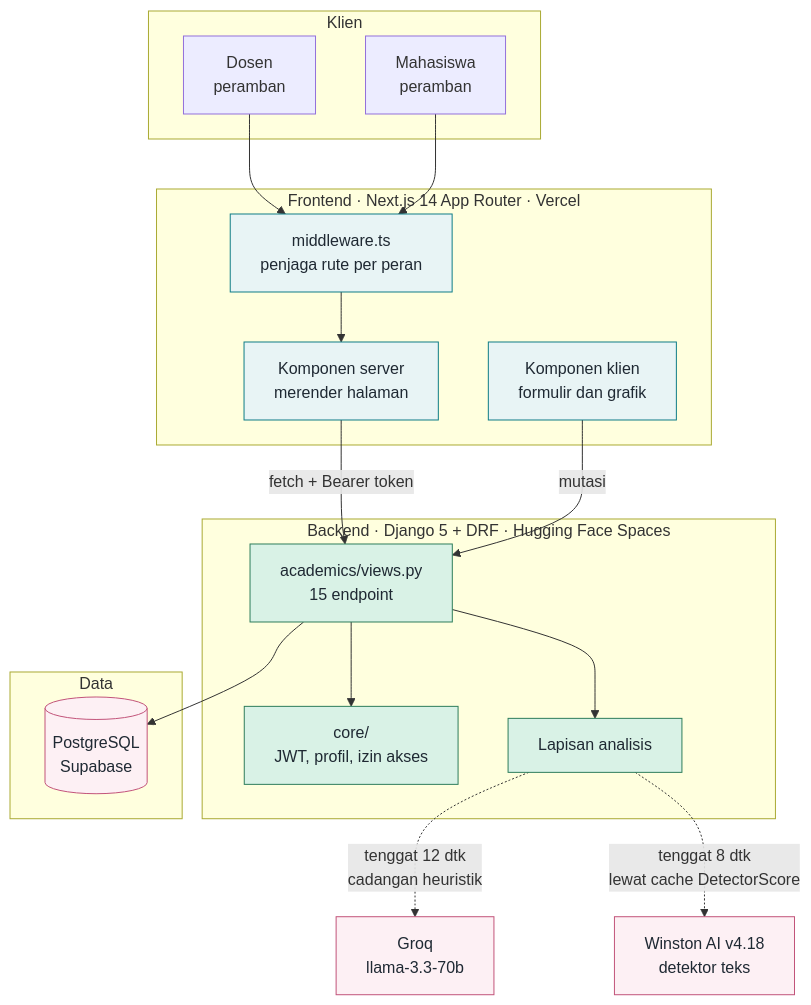
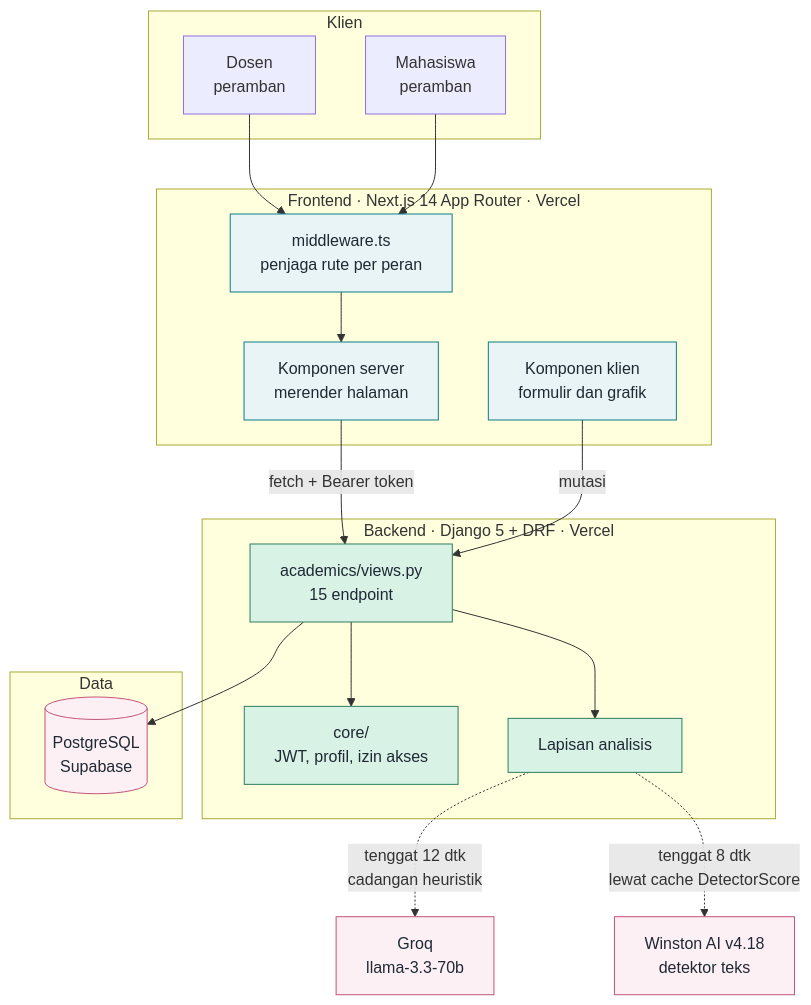
Before and after one commit to FadhRach/ThinkPath: the first of 4 diagrams in diagram/01-arsitektur-sistem.md, drawn with Mermaid. The commit also changed other lines of this file and 7 other files, not shown here.

Commit message:
docs: jelaskan deploy backend di Vercel dan migrasi manual setelah merge

````diff
--- a/diagram/01-arsitektur-sistem.md
+++ b/diagram/01-arsitektur-sistem.md
@@ -15,44 +15,44 @@
 ```mermaid
 flowchart TB
     subgraph K["Klien"]
         D["Dosen<br/>peramban"]
         M["Mahasiswa<br/>peramban"]
     end
 
     subgraph FE["Frontend · Next.js 14 App Router · Vercel"]
         MW["middleware.ts<br/>penjaga rute per peran"]
         SC["Komponen server<br/>merender halaman"]
         CC["Komponen klien<br/>formulir dan grafik"]
     end
 
-    subgraph BE["Backend · Django 5 + DRF · Hugging Face Spaces"]
+    subgraph BE["Backend · Django 5 + DRF · Vercel"]
         AUTH["core/<br/>JWT, profil, izin akses"]
         API["academics/views.py<br/>15 endpoint"]
         AN["Lapisan analisis"]
     end
 
     subgraph DB["Data"]
         PG[("PostgreSQL<br/>Supabase")]
     end
 
     LLM["Groq<br/>llama-3.3-70b"]
     WIN["Winston AI v4.18<br/>detektor teks"]
 
     D --> MW
     M --> MW
     MW --> SC
     SC -->|"fetch + Bearer token"| API
     CC -->|"mutasi"| API
     API --> AUTH
     API --> AN
     AN -.->|"tenggat 12 dtk<br/>cadangan heuristik"| LLM
     AN -.->|"tenggat 8 dtk<br/>lewat cache DetectorScore"| WIN
     API --> PG
 
     classDef fe fill:#E8F4F5,stroke:#0E7C86,color:#1F2933
     classDef be fill:#D9F2E6,stroke:#2E7D5B,color:#1F2933
     classDef ext fill:#FDF0F4,stroke:#C2547A,color:#1F2933
     class MW,SC,CC fe
     class AUTH,API,AN be
     class LLM,WIN,PG ext
 ```
````
